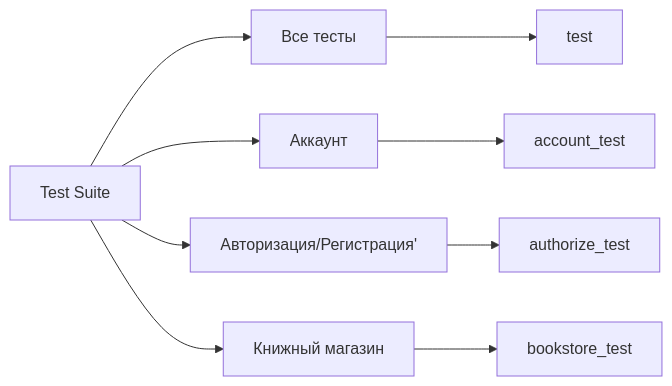
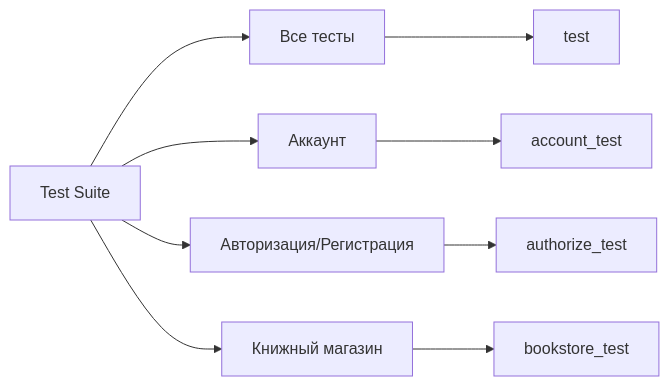
Before and after one commit to Overloque/20.QA.GURU_REST_API_UItoAPI: the diagram in README.md, drawn with Mermaid.

````diff
--- a/README.md
+++ b/README.md
@@ -84,7 +84,7 @@
 ```mermaid
 flowchart LR
     A[Test Suite] --> B[Все тесты] --> C[test]
     A --> D[Аккаунт] --> E[account_test]
-    A --> F[Авторизация/Регистрация'] --> G[authorize_test]
+    A --> F[Авторизация/Регистрация] --> G[authorize_test]
     A --> H[Книжный магазин] --> I[bookstore_test]
 ```
````
